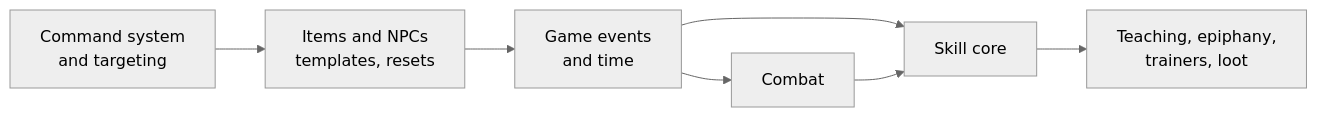
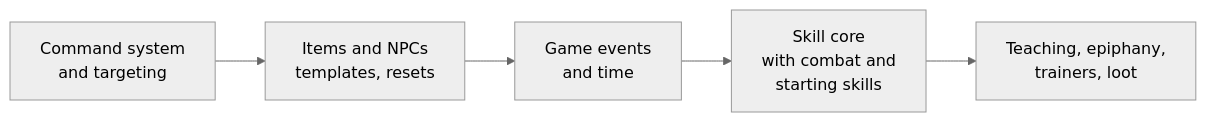
The diagram in docs/README.md (Aaqibhafeezkhan/riftward), drawn with Mermaid (neutral theme) before and after one commit. The commit also changed other lines of this file and 5 other files, not shown here.

First line of the commit message:
Design races, backgrounds, and combat as skills

````diff
--- a/docs/README.md
+++ b/docs/README.md
@@ -37,9 +38,7 @@
 ```mermaid
 flowchart LR
     A[Command system<br/>and targeting] --> B[Items and NPCs<br/>templates, resets]
     B --> C[Game events<br/>and time]
-    C --> D[Combat]
-    C --> S[Skill core]
-    D --> S
+    C --> S[Skill core<br/>with combat and<br/>starting skills]
     S --> T[Teaching, epiphany,<br/>trainers, loot]
 ```
````
